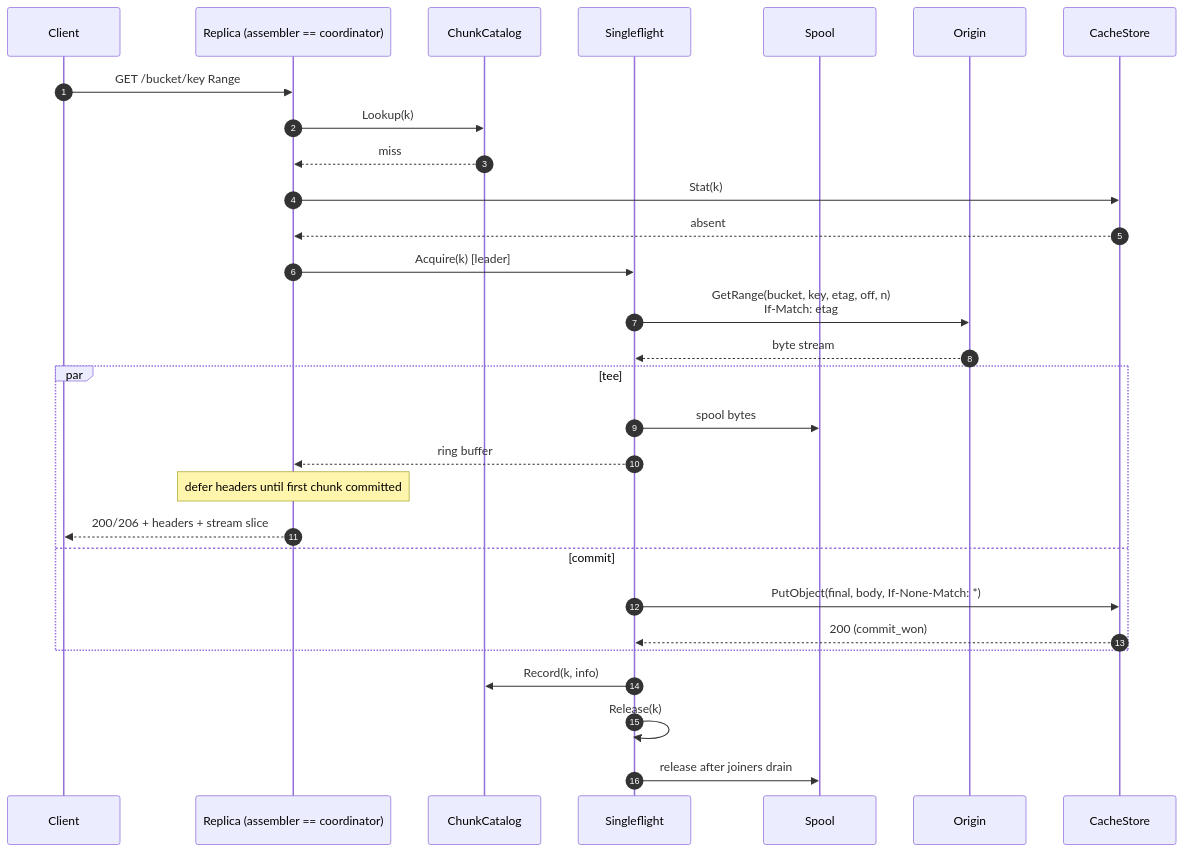
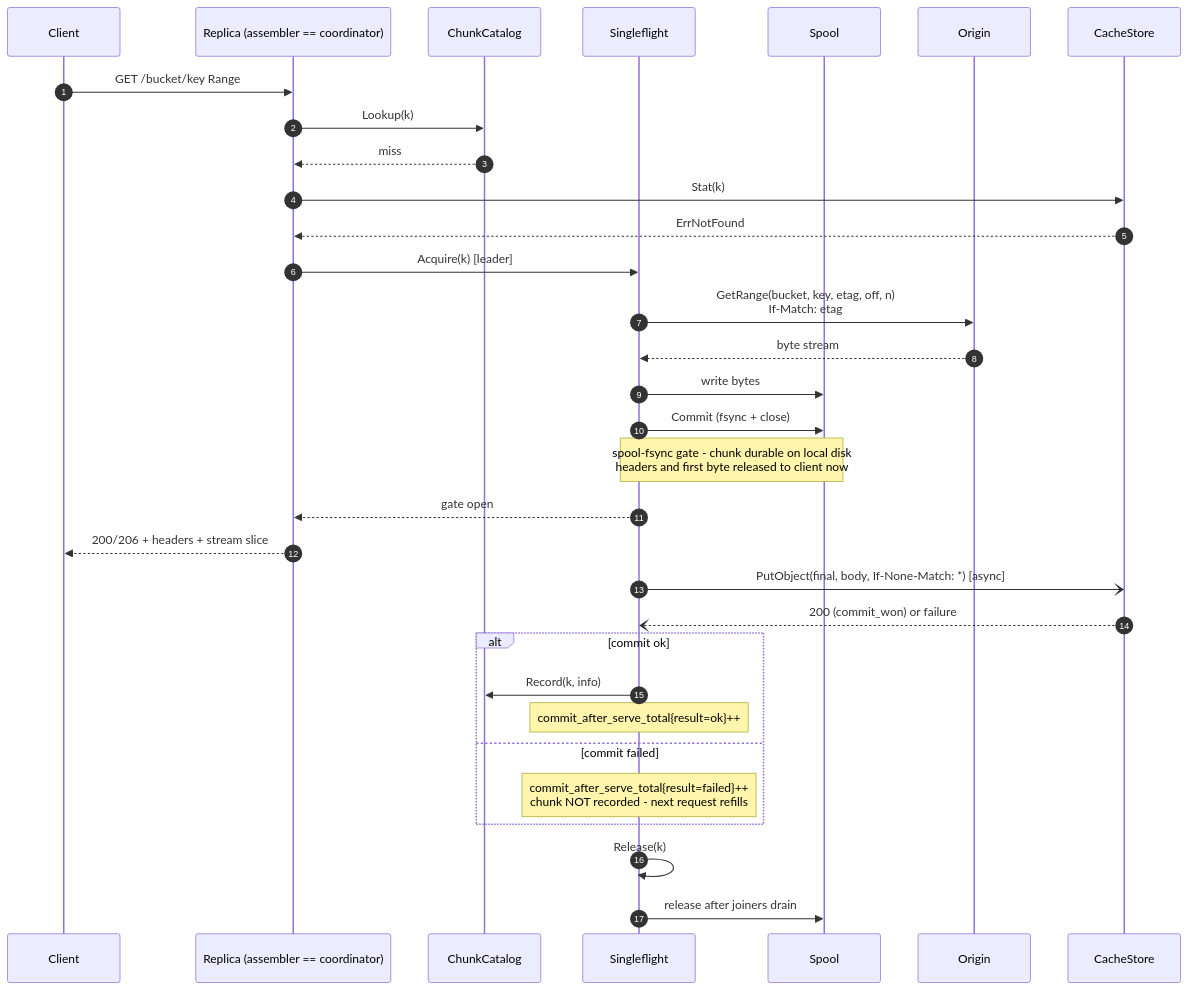
One commit to Azure/unbounded changed the fourth of 11 diagrams in designdocs/origincache/design.md. Above: the diagram before and after it, drawn with Mermaid. The commit also changed other lines of this file, not shown here.

````diff
--- a/designdocs/origincache/design.md
+++ b/designdocs/origincache/design.md
@@ -240,31 +339,34 @@
 ```mermaid
 sequenceDiagram
     autonumber
     participant C as Client
     participant R as Replica (assembler == coordinator)
     participant Cat as ChunkCatalog
     participant SF as Singleflight
     participant Sp as Spool
     participant O as Origin
     participant CS as CacheStore
     C->>R: GET /bucket/key Range
     R->>Cat: Lookup(k)
     Cat-->>R: miss
     R->>CS: Stat(k)
-    CS-->>R: absent
+    CS-->>R: ErrNotFound
     R->>SF: Acquire(k) [leader]
     SF->>O: GetRange(bucket, key, etag, off, n)<br/>If-Match: etag
     O-->>SF: byte stream
-    par tee
-        SF->>Sp: spool bytes
-        SF-->>R: ring buffer
-        Note over R: defer headers until first chunk committed
-        R-->>C: 200/206 + headers + stream slice
-    and commit
-        SF->>CS: PutObject(final, body, If-None-Match: *)
-        CS-->>SF: 200 (commit_won)
+    SF->>Sp: write bytes
+    SF->>Sp: Commit (fsync + close)
+    Note over SF,Sp: spool-fsync gate - chunk durable on local disk<br/>headers and first byte released to client now
+    SF-->>R: gate open
+    R-->>C: 200/206 + headers + stream slice
+    SF-)CS: PutObject(final, body, If-None-Match: *) [async]
+    CS--)SF: 200 (commit_won) or failure
+    alt commit ok
+        SF->>Cat: Record(k, info)
+        Note over SF: commit_after_serve_total{result=ok}++
+    else commit failed
+        Note over SF: commit_after_serve_total{result=failed}++<br/>chunk NOT recorded - next request refills
     end
-    SF->>Cat: Record(k, info)
     SF->>SF: Release(k)
     SF->>Sp: release after joiners drain
 ```
````
